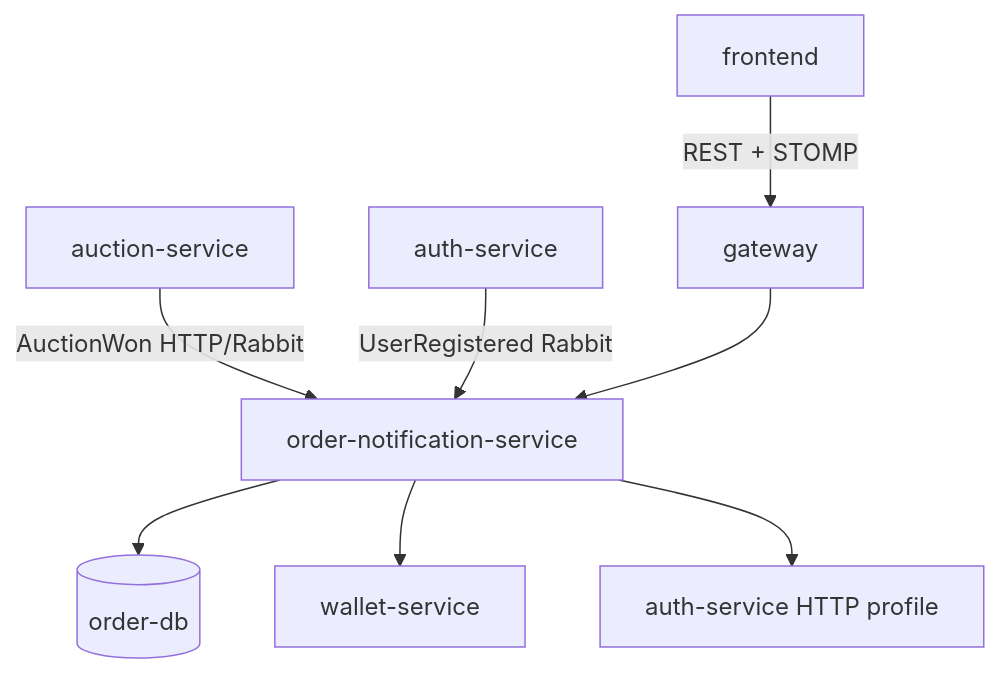
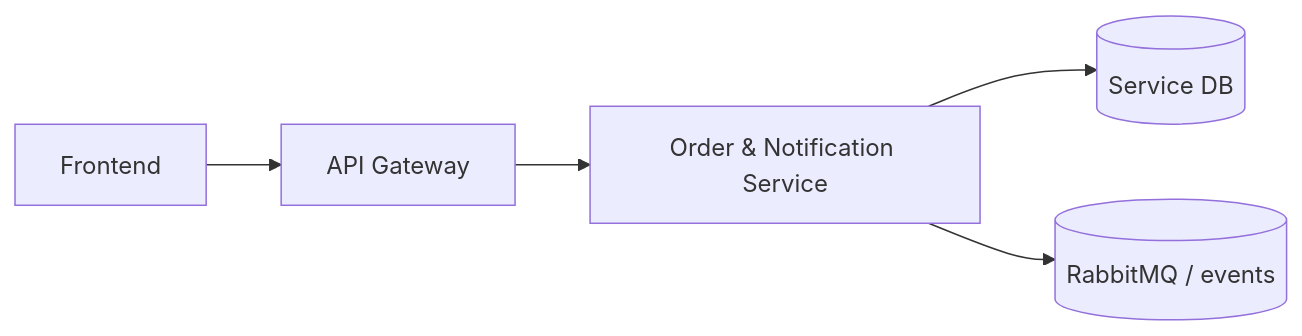
Before and after one commit to advprog-2026-A17-project/bidmart-order-and-notification-service: the diagram in docs/3. Software Architecture.md, drawn with Mermaid. The commit also changed other lines of this file and 44 other files, not shown here.

````diff
--- a/docs/3. Software Architecture.md
+++ b/docs/3. Software Architecture.md
@@ -5,10 +13,7 @@
 ```mermaid
-flowchart TB
-  AUC[auction-service] -->|AuctionWon HTTP/Rabbit| ORD[order-notification-service]
-  AUTH[auth-service] -->|UserRegistered Rabbit| ORD
-  ORD --> ODB[(order-db)]
-  ORD --> WALLET[wallet-service]
-  ORD --> AUTHHTTP[auth-service HTTP profile]
-  FE[frontend] -->|REST + STOMP| GW[gateway]
-  GW --> ORD
+flowchart LR
+  FE[Frontend] --> GW[API Gateway]
+  GW --> S[Order & Notification Service]
+  S --> DB[(Service DB)]
+  S --> MQ[(RabbitMQ / events)]
 ```
````
